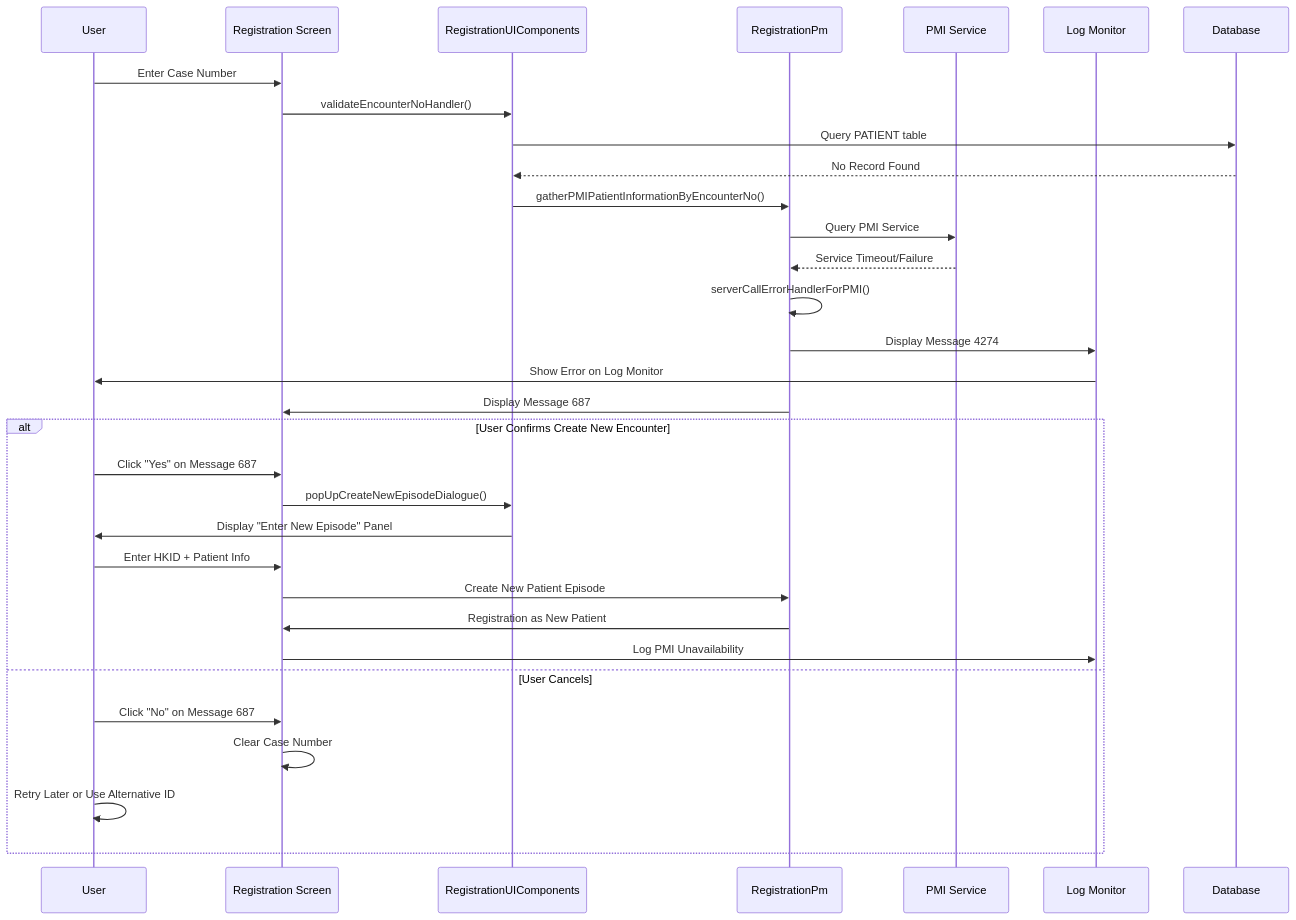
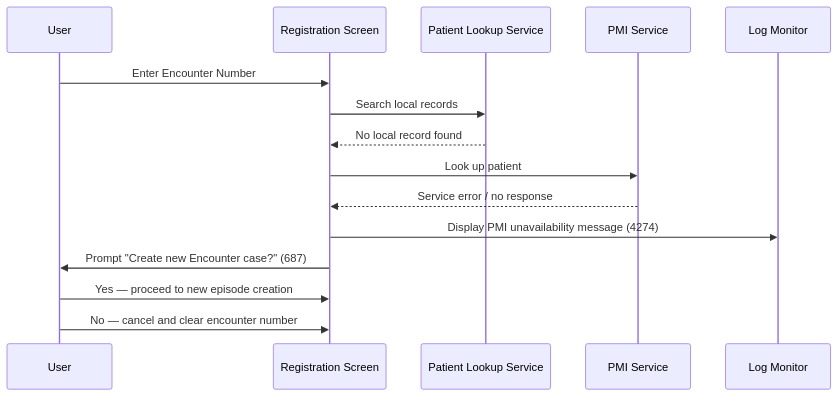
Before and after one commit to DragonChong/HA-Notes: the fourth of 4 diagrams in Knowledge Base/01_Screens/Registration/Workflows/Retrieve Patient by Encounter Number.md, drawn with Mermaid. The commit also changed other lines of this file, not shown here.

````diff
--- a/Knowledge Base/01_Screens/Registration/Workflows/Retrieve Patient by Encounter Number.md
+++ b/Knowledge Base/01_Screens/Registration/Workflows/Retrieve Patient by Encounter Number.md
@@ -444,35 +227,12 @@
 ```mermaid
 sequenceDiagram
-    participant User
-    participant RegScreen as Registration Screen
-    participant RegUIComp as RegistrationUIComponents
-    participant RegPm as RegistrationPm
-    participant PMI as PMI Service
-    participant LogMonitor as Log Monitor
-    
-    User->>RegScreen: Enter Case Number
-    RegScreen->>RegUIComp: validateEncounterNoHandler()
-    RegUIComp->>Database: Query PATIENT table
-    Database-->>RegUIComp: No Record Found
-    RegUIComp->>RegPm: gatherPMIPatientInformationByEncounterNo()
-    RegPm->>PMI: Query PMI Service
-    PMI-->>RegPm: Service Timeout/Failure
-    RegPm->>RegPm: serverCallErrorHandlerForPMI()
-    RegPm->>LogMonitor: Display Message 4274
-    LogMonitor->>User: Show Error on Log Monitor
-    RegPm->>RegScreen: Display Message 687
-    
-    alt User Confirms Create New Encounter
-        User->>RegScreen: Click "Yes" on Message 687
-        RegScreen->>RegUIComp: popUpCreateNewEpisodeDialogue()
-        RegUIComp->>User: Display "Enter New Episode" Panel
-        User->>RegScreen: Enter HKID + Patient Info
-        RegScreen->>RegPm: Create New Patient Episode
-        RegPm->>RegScreen: Registration as New Patient
-        RegScreen->>LogMonitor: Log PMI Unavailability
-    else User Cancels
-        User->>RegScreen: Click "No" on Message 687
-        RegScreen->>RegScreen: Clear Case Number
-        User->>User: Retry Later or Use Alternative ID
-    end
+    User->>Registration Screen: Enter Encounter Number
+    Registration Screen->>Patient Lookup Service: Search local records
+    Patient Lookup Service-->>Registration Screen: No local record found
+    Registration Screen->>PMI Service: Look up patient
+    PMI Service-->>Registration Screen: Service error / no response
+    Registration Screen->>Log Monitor: Display PMI unavailability message (4274)
+    Registration Screen->>User: Prompt "Create new Encounter case?" (687)
+    User->>Registration Screen: Yes — proceed to new episode creation
+    User->>Registration Screen: No — cancel and clear encounter number
 ```
````
